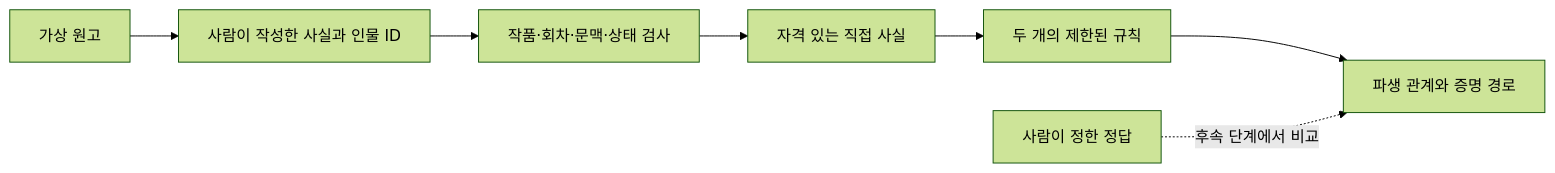
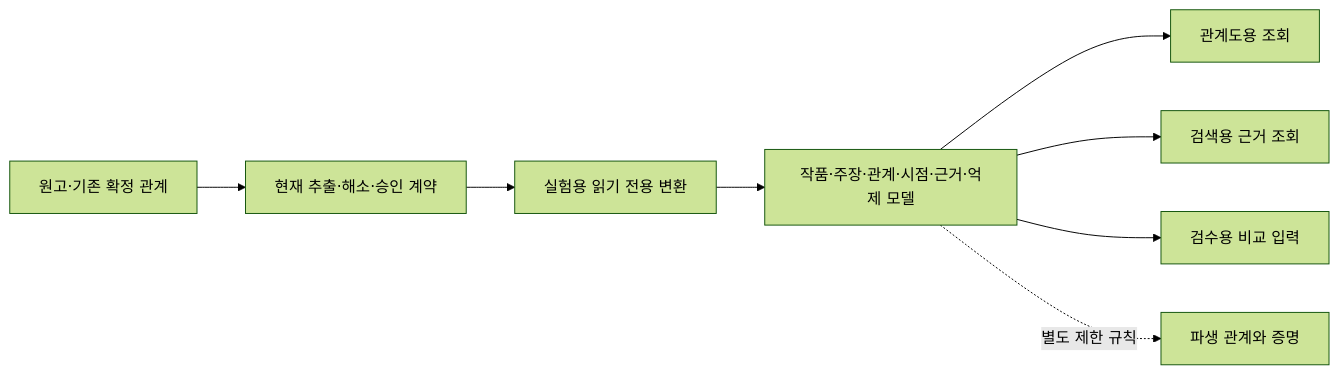
The diagram in docs/relationship-ontology-plan.md (catchhole-soma/catchhole-backend-ai), drawn with Mermaid (forest theme) before and after one commit. The commit also changed other lines of this file and 6 other files, not shown here.

````diff
--- a/docs/relationship-ontology-plan.md
+++ b/docs/relationship-ontology-plan.md
@@ -79,9 +97,10 @@
 ```mermaid
 flowchart LR
-    A[가상 원고] --> B[사람이 작성한 사실과 인물 ID]
-    B --> C[작품·회차·문맥·상태 검사]
-    C --> D[자격 있는 직접 사실]
-    D --> E[두 개의 제한된 규칙]
-    E --> F[파생 관계와 증명 경로]
-    G[사람이 정한 정답] -.후속 단계에서 비교.-> F
+    S[원고·기존 확정 관계] --> I[현재 추출·해소·승인 계약]
+    I --> A[실험용 읽기 전용 변환]
+    A --> M[작품·주장·관계·시점·근거·억제 모델]
+    M --> G[관계도용 조회]
+    M --> Q[검색용 근거 조회]
+    M --> V[검수용 비교 입력]
+    M -. 별도 제한 규칙 .-> D[파생 관계와 증명]
 ```
````
